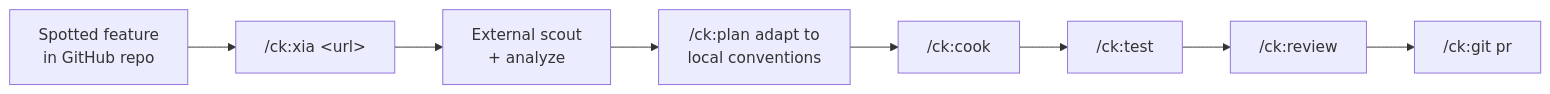
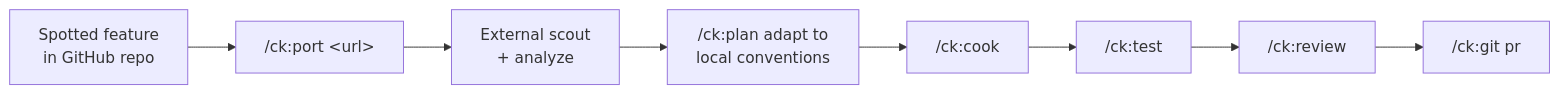
The seventh of 9 diagrams in README.md (trungdo9/ClauKit), drawn with Mermaid before and after one commit. The commit also changed other lines of this file and 43 other files, not shown here.

````diff
--- a/README.md
+++ b/README.md
@@ -246,10 +246,10 @@
 ```mermaid
 flowchart LR
-    A[Spotted feature<br/>in GitHub repo] --> B["/ck:xia &lt;url&gt;"]
+    A[Spotted feature<br/>in GitHub repo] --> B["/ck:port &lt;url&gt;"]
     B --> C[External scout<br/>+ analyze]
     C --> D["/ck:plan adapt to<br/>local conventions"]
     D --> E["/ck:cook"]
     E --> F["/ck:test"]
     F --> G["/ck:review"]
     G --> H["/ck:git pr"]
 ```
````
